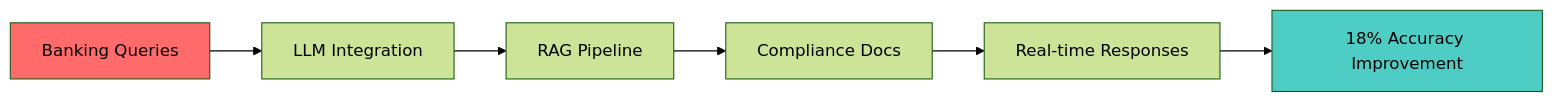
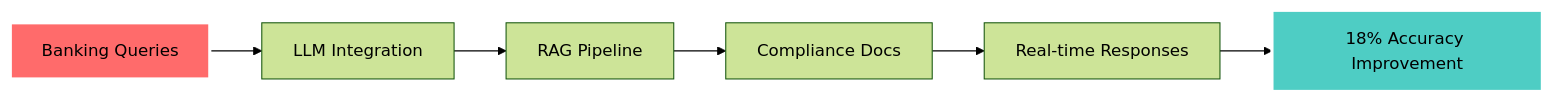
Before and after one commit to Ravitejas1596/Ravitejas1596: the third of 6 diagrams in README.md, drawn with Mermaid (forest theme). The commit also changed other lines of this file, not shown here.

````diff
--- a/README.md
+++ b/README.md
@@ -160,11 +185,11 @@
 ```mermaid
 graph LR
     A[Banking Queries] --> B[LLM Integration]
     B --> C[RAG Pipeline]
     C --> D[Compliance Docs]
     D --> E[Real-time Responses]
     E --> F[18% Accuracy Improvement]
     
-    style A fill:#FF6B6B
-    style F fill:#4ECDC4
+    style A fill:#FF6B6B,stroke:#fff,stroke-width:3px
+    style F fill:#4ECDC4,stroke:#fff,stroke-width:3px
 ```
````
